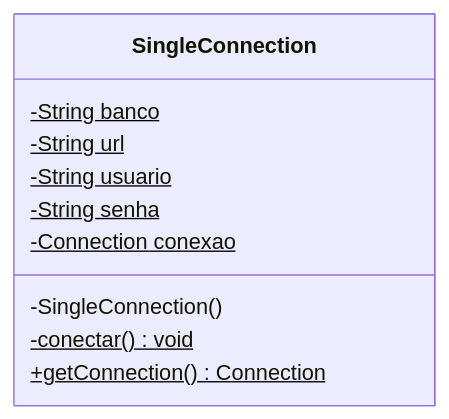
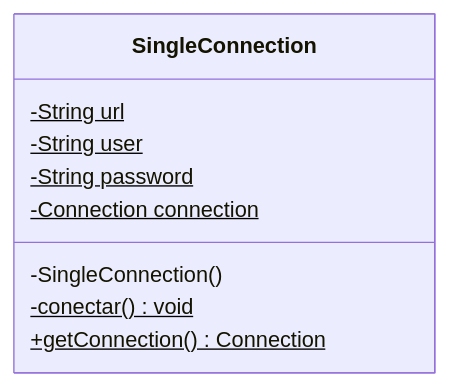
The eighth of 19 diagrams in 3º Semestre/[Prof. Jefferson Passerini] Laboratório de Programação III/Resumos-IA/Caderno-Consolidado.md (murilolol/unifef), drawn with Mermaid before and after one commit. The commit also changed other lines of this file and 25 other files, not shown here.

````diff
--- a/3º Semestre/[Prof. Jefferson Passerini] Laboratório de Programação III/Resumos-IA/Caderno-Consolidado.md
+++ b/3º Semestre/[Prof. Jefferson Passerini] Laboratório de Programação III/Resumos-IA/Caderno-Consolidado.md
@@ -851,13 +510,12 @@
 ```mermaid
 classDiagram
     class SingleConnection {
-        -String banco$
         -String url$
-        -String usuario$
-        -String senha$
-        -Connection conexao$
+        -String user$
+        -String password$
+        -Connection connection$
         -SingleConnection()
-        -conectar() void$
-        +getConnection() Connection$
+        -conectar()$ void
+        +getConnection()$ Connection
     }
 ```
````
